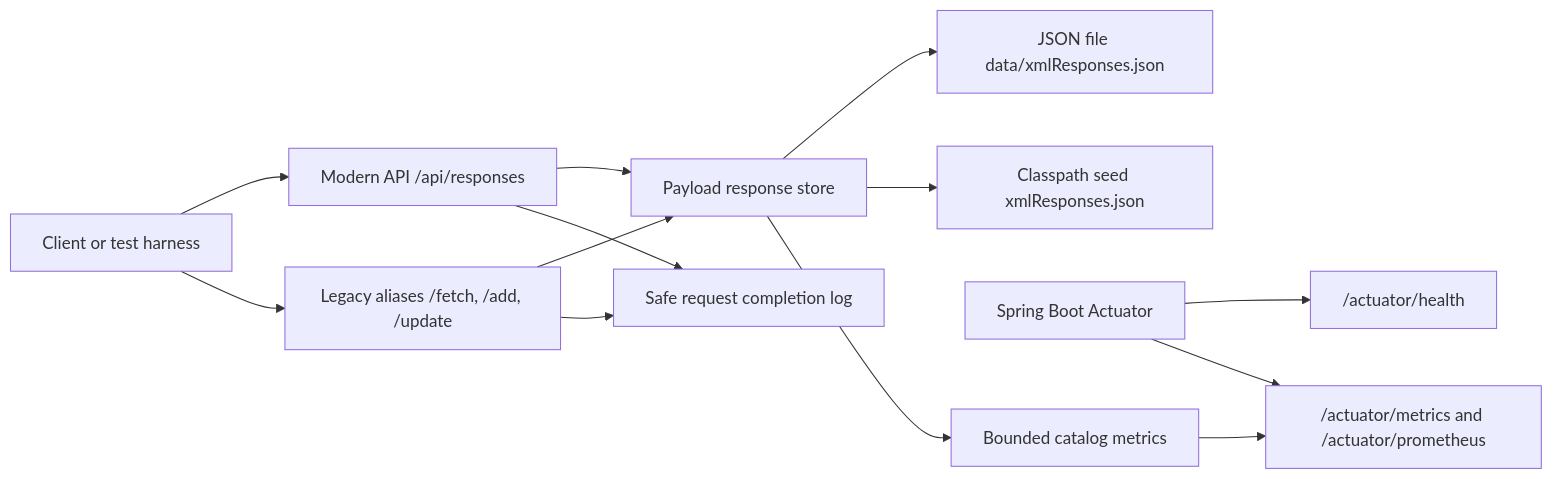
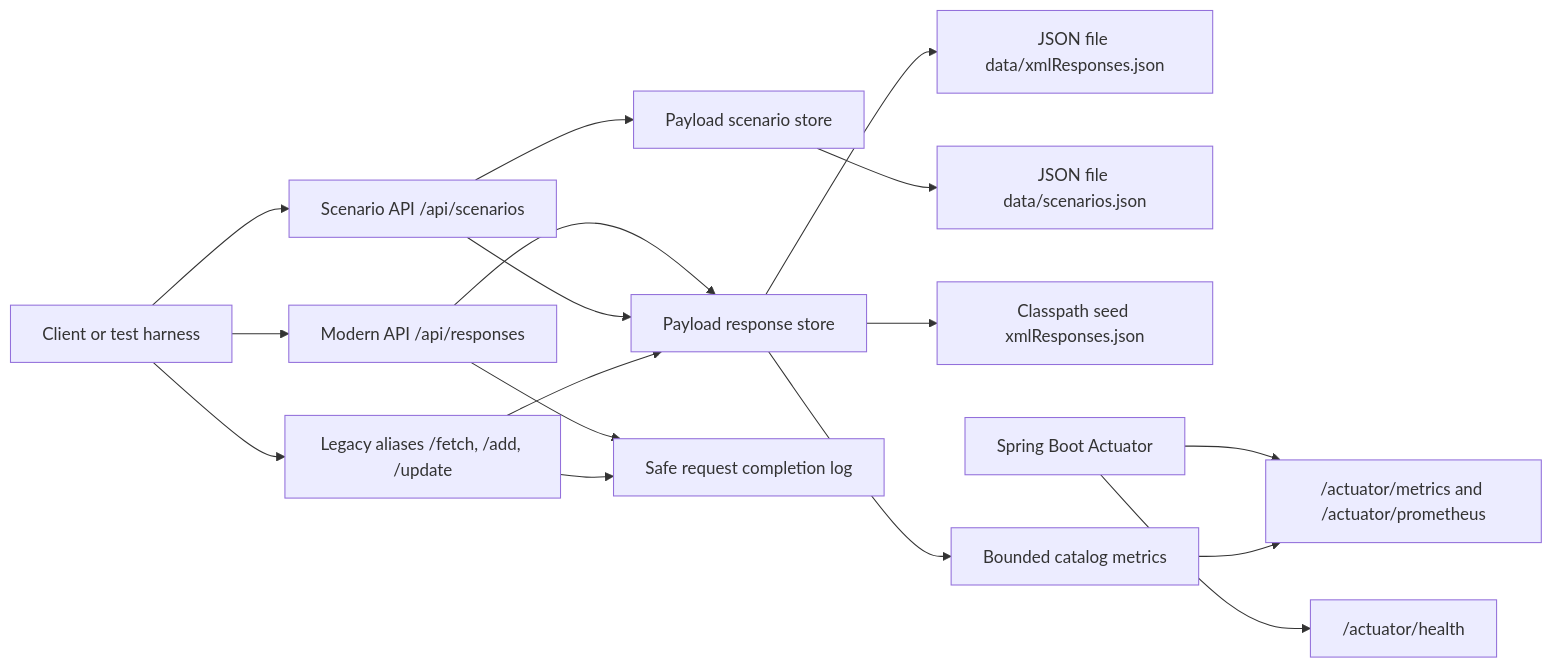
Before and after one commit to J4vedskh/payloadprobe-lab: the first of 3 diagrams in docs/architecture.md, drawn with Mermaid. The commit also changed other lines of this file and 32 other files, not shown here.

````diff
--- a/docs/architecture.md
+++ b/docs/architecture.md
@@ -27,15 +57,19 @@
 ```mermaid
 flowchart LR
     Client["Client or test harness"] --> ModernApi["Modern API /api/responses"]
+    Client --> ScenarioApi["Scenario API /api/scenarios"]
     Client --> LegacyApi["Legacy aliases /fetch, /add, /update"]
     ModernApi --> Store["Payload response store"]
+    ScenarioApi --> Store
+    ScenarioApi --> ScenarioStore["Payload scenario store"]
     LegacyApi --> Store
     ModernApi --> RequestLog["Safe request completion log"]
     LegacyApi --> RequestLog
     Store --> JsonFile["JSON file data/xmlResponses.json"]
+    ScenarioStore --> ScenarioFile["JSON file data/scenarios.json"]
     Store --> Seed["Classpath seed xmlResponses.json"]
     Spring["Spring Boot Actuator"] --> Health["/actuator/health"]
     Store --> Metrics["Bounded catalog metrics"]
     Spring --> MetricsApi["/actuator/metrics and /actuator/prometheus"]
     Metrics --> MetricsApi
 ```
````
